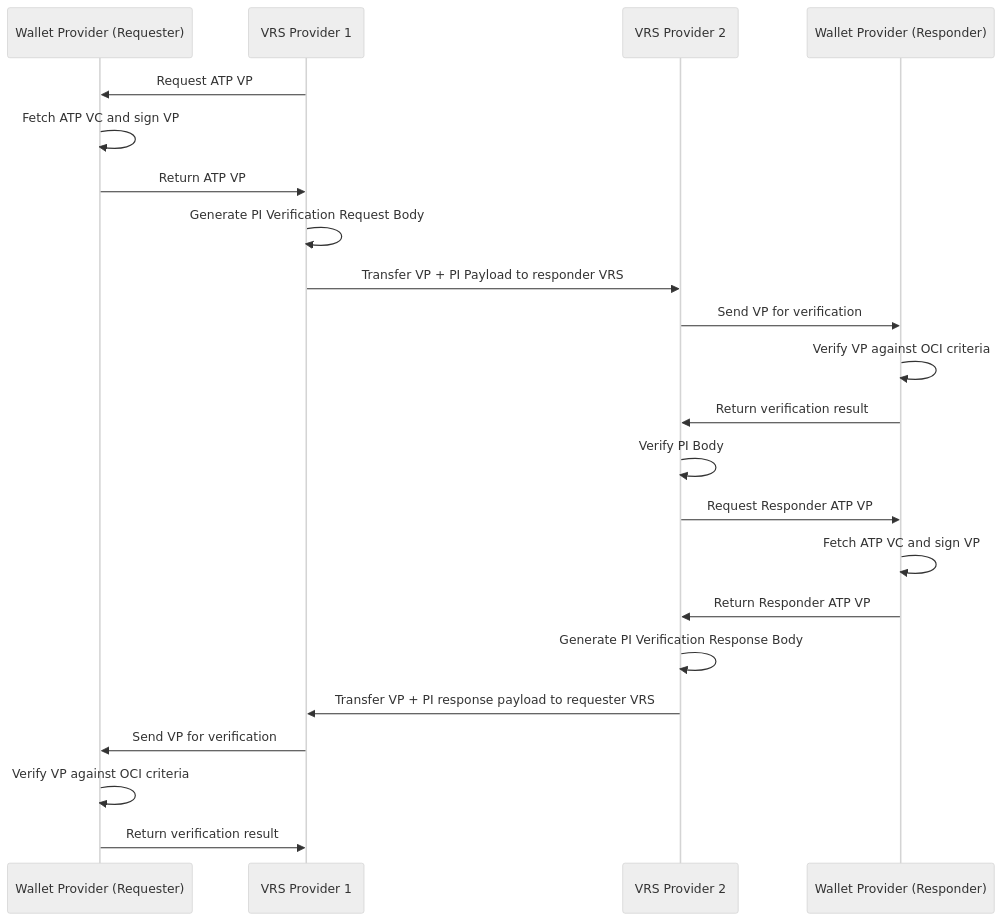
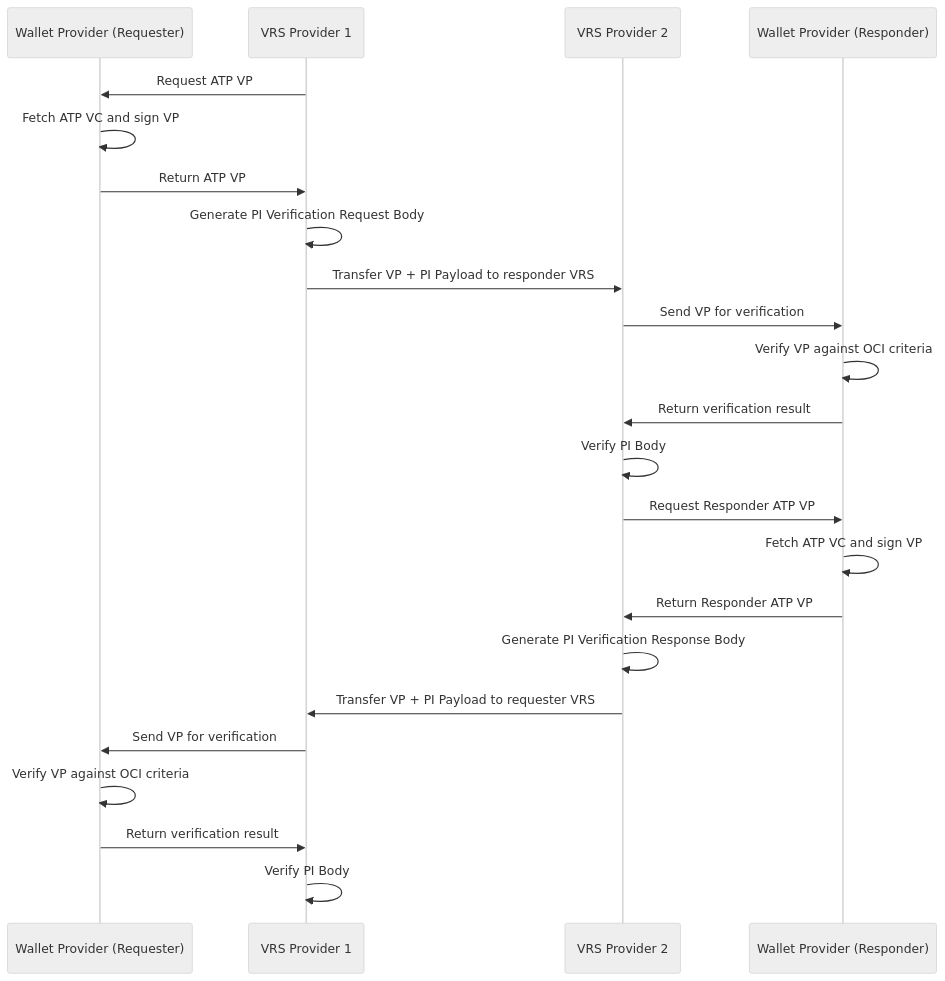
The diagram in README.md (Open-Credentialing-Initiative/vrs-performance-testing), drawn with Mermaid (neutral theme) before and after one commit.

Commit message:
chore: add verify pi to vrs provider 1

````diff
--- a/README.md
+++ b/README.md
@@ -15,24 +15,25 @@
 ```mermaid
 sequenceDiagram
     participant Wallet Provider (Requester)
     participant VRS Provider 1
     participant VRS Provider 2
     participant Wallet Provider (Responder)
     VRS Provider 1->>Wallet Provider (Requester): Request ATP VP
     Wallet Provider (Requester)->>Wallet Provider (Requester): Fetch ATP VC and sign VP
     Wallet Provider (Requester)->>VRS Provider 1: Return ATP VP
     VRS Provider 1->>VRS Provider 1: Generate PI Verification Request Body
     VRS Provider 1->>VRS Provider 2: Transfer VP + PI Payload to responder VRS
     VRS Provider 2->>Wallet Provider (Responder): Send VP for verification
     Wallet Provider (Responder)->>Wallet Provider (Responder): Verify VP against OCI criteria
     Wallet Provider (Responder)->>VRS Provider 2: Return verification result
     VRS Provider 2->>VRS Provider 2: Verify PI Body
     VRS Provider 2->>Wallet Provider (Responder): Request Responder ATP VP
     Wallet Provider (Responder)->>Wallet Provider (Responder): Fetch ATP VC and sign VP
     Wallet Provider (Responder)->>VRS Provider 2: Return Responder ATP VP
     VRS Provider 2->>VRS Provider 2: Generate PI Verification Response Body
-    VRS Provider 2->>VRS Provider 1: Transfer VP + PI response payload to requester VRS
+    VRS Provider 2->>VRS Provider 1: Transfer VP + PI Payload to requester VRS
     VRS Provider 1->>Wallet Provider (Requester): Send VP for verification
     Wallet Provider (Requester)->>Wallet Provider (Requester): Verify VP against OCI criteria
     Wallet Provider (Requester)->>VRS Provider 1: Return verification result
+    VRS Provider 1->>VRS Provider 1: Verify PI Body
 ```
````
